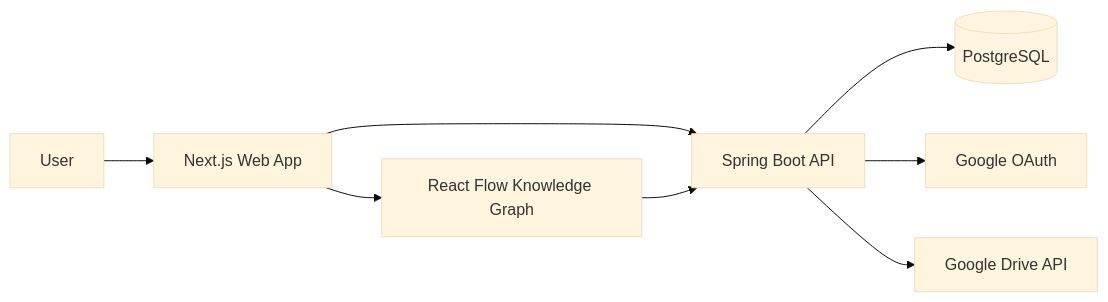
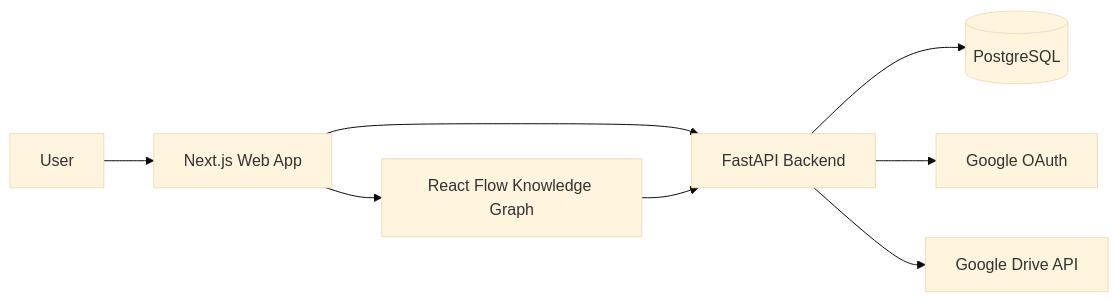
Before and after one commit to adv11/memory-os: the first of 6 diagrams in docs/architecture/architecture.md, drawn with Mermaid (base theme). The commit also changed other lines of this file and 2494 other files, not shown here.

````diff
--- a/docs/architecture/architecture.md
+++ b/docs/architecture/architecture.md
@@ -25,10 +27,10 @@
 ```mermaid
 flowchart LR
   User["User"] --> Web["Next.js Web App"]
-  Web --> API["Spring Boot API"]
+  Web --> API["FastAPI Backend"]
   API --> DB[("PostgreSQL")]
   API --> Google["Google OAuth"]
   API --> Drive["Google Drive API"]
   Web --> Graph["React Flow Knowledge Graph"]
   Graph --> API
 ```
````
